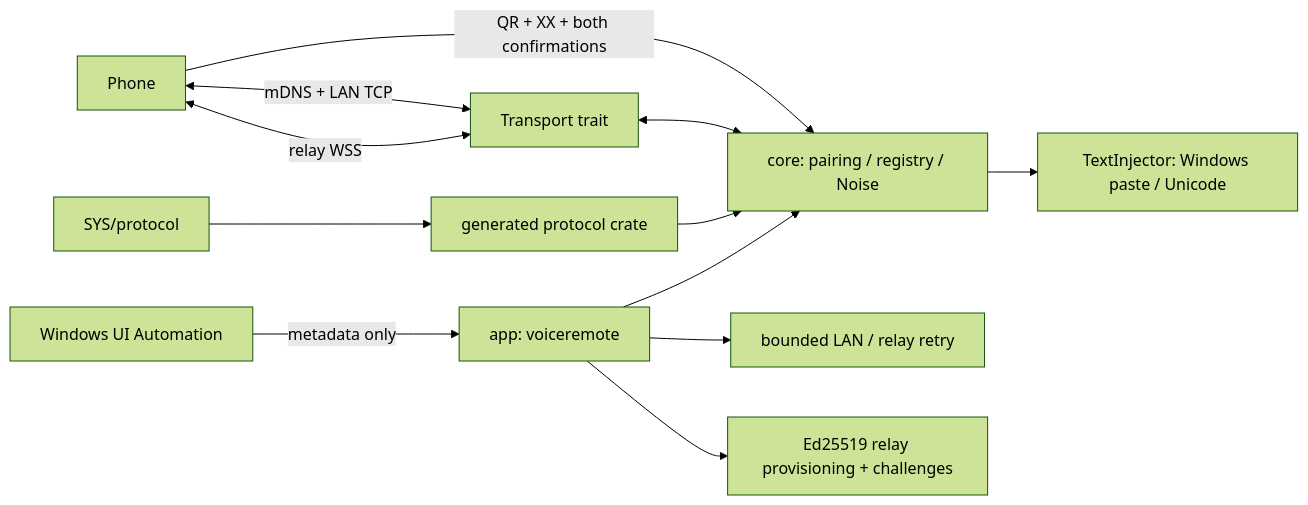
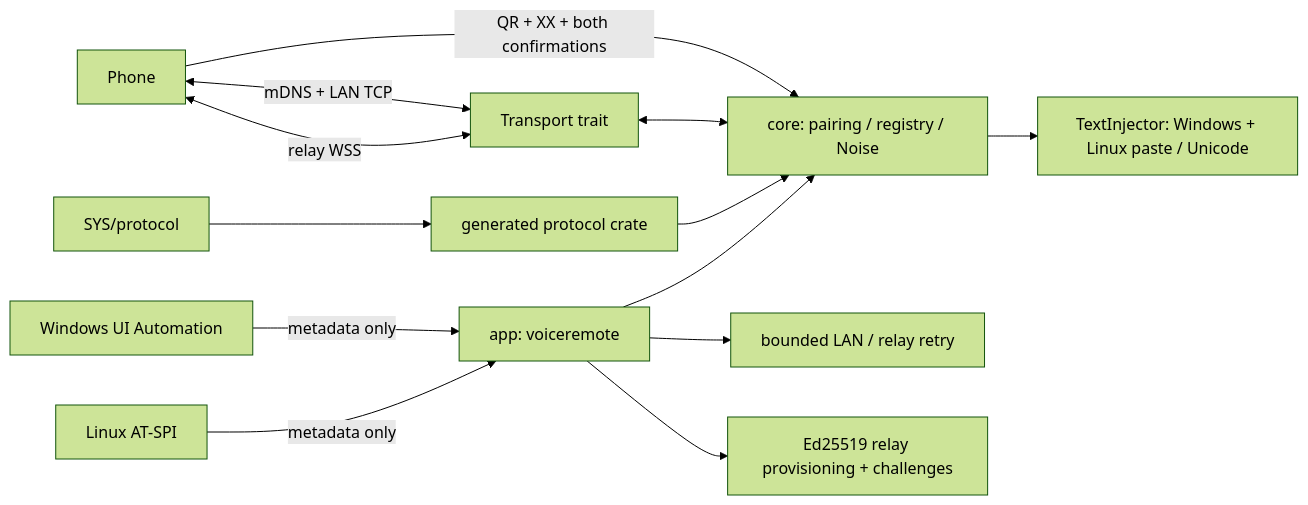
Before and after one commit to Harwasch/voiceremote: the first of 2 diagrams in SW/desktop/README.md, drawn with Mermaid (forest theme). The commit also changed other lines of this file and 28 other files, not shown here.

Commit message:
SW: Linux text injection and focus report

````diff
--- a/SW/desktop/README.md
+++ b/SW/desktop/README.md
@@ -1,13 +1,14 @@
 ```mermaid
 flowchart LR
     Phone -->|QR + XX + both confirmations| Core[core: pairing / registry / Noise]
     Phone <-->|mDNS + LAN TCP| Transport[Transport trait]
     Phone <-->|relay WSS| Transport
     Transport <--> Core
     Schema[SYS/protocol] --> Protocol[generated protocol crate] --> Core
     CLI[app: voiceremote] --> Core
     CLI --> Supervisor[bounded LAN / relay retry]
     CLI --> Auth[Ed25519 relay provisioning + challenges]
-    Core --> Injector[TextInjector: Windows paste / Unicode]
+    Core --> Injector[TextInjector: Windows + Linux paste / Unicode]
     Windows[Windows UI Automation] -->|metadata only| CLI
+    Linux[Linux AT-SPI] -->|metadata only| CLI
 ```
````
